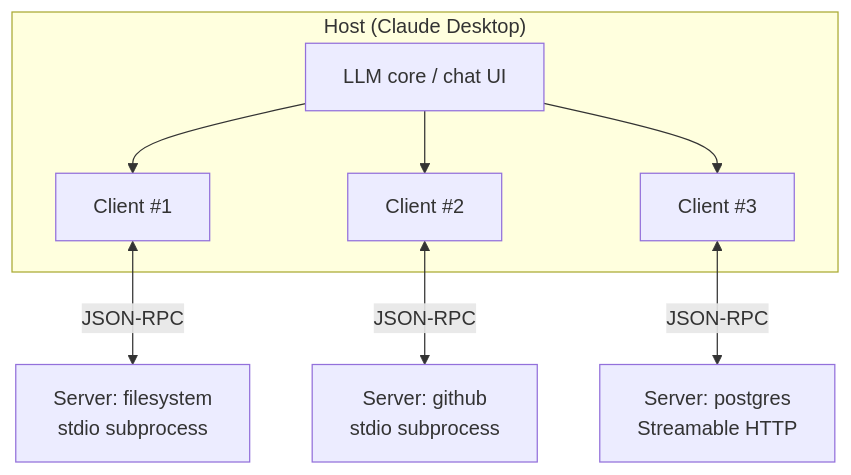
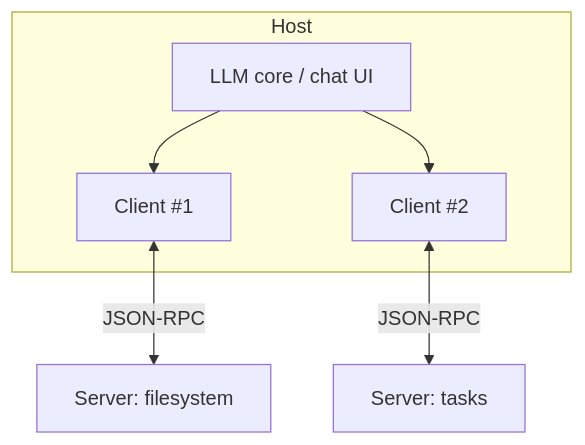
The first of 2 diagrams in cheatsheets/interview/ai-ml/mcp-interview.md (akeverus/cheat-sheet), drawn with Mermaid before and after one commit. The commit also changed other lines of this file and 154 other files, not shown here.

````diff
--- a/cheatsheets/interview/ai-ml/mcp-interview.md
+++ b/cheatsheets/interview/ai-ml/mcp-interview.md
@@ -135,20 +105,16 @@
 ```mermaid
 graph TB
-    subgraph Host["Host (Claude Desktop)"]
+    subgraph Host["Host"]
         LLM[LLM core / chat UI]
         C1[Client #1]
         C2[Client #2]
-        C3[Client #3]
     end
 
-    S1[Server: filesystem<br/>stdio subprocess]
-    S2[Server: github<br/>stdio subprocess]
-    S3[Server: postgres<br/>Streamable HTTP]
+    S1[Server: filesystem]
+    S2[Server: tasks]
 
     LLM --> C1
     LLM --> C2
-    LLM --> C3
     C1 <-->|JSON-RPC| S1
     C2 <-->|JSON-RPC| S2
-    C3 <-->|JSON-RPC| S3
 ```
````
